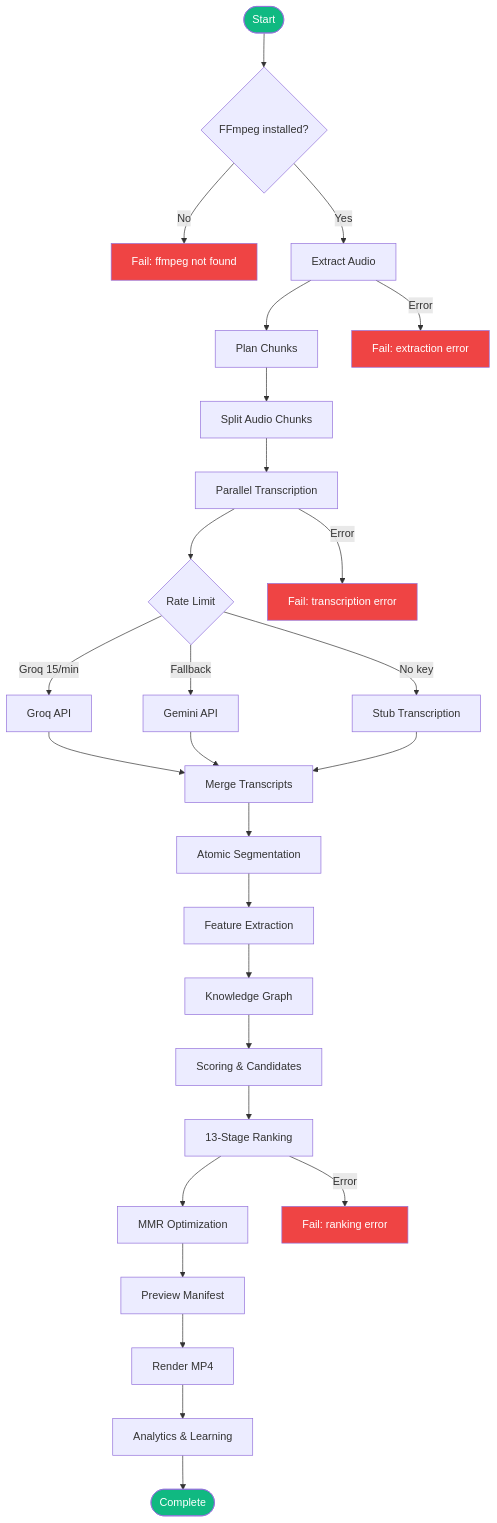
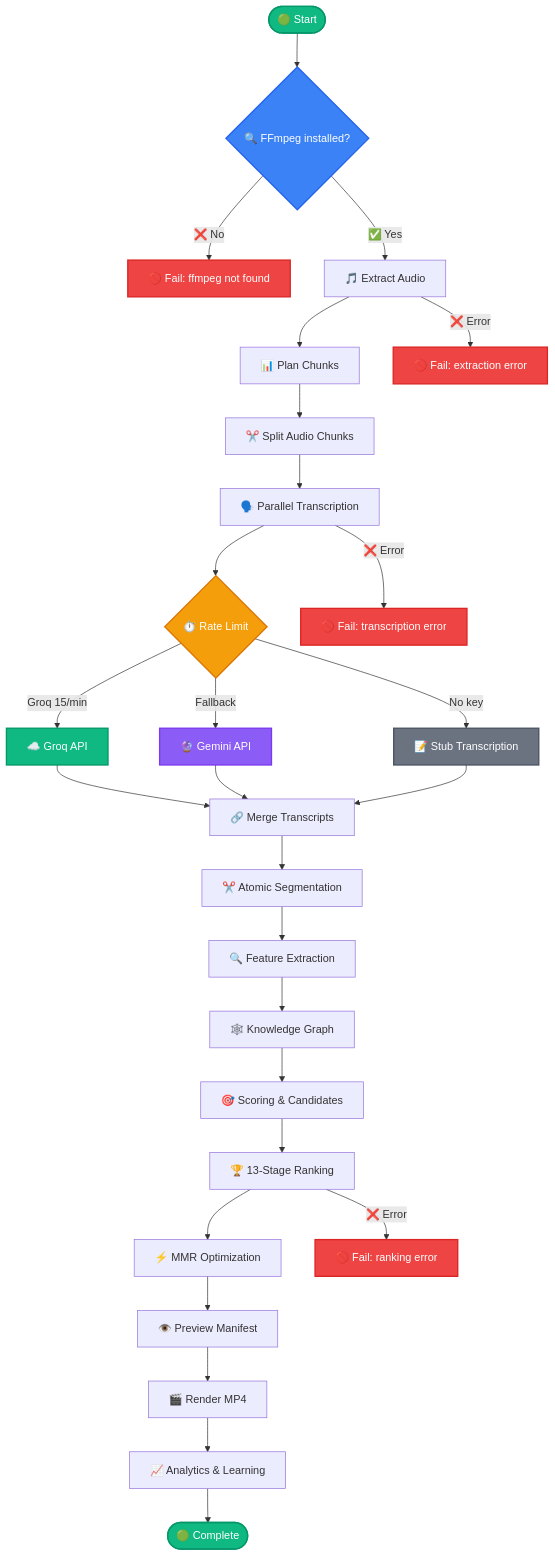
The second of 7 diagrams in README.md (samm329-ui/Trimora_v2), drawn with Mermaid before and after one commit. The commit also changed other lines of this file and 1 other file, not shown here.

Commit message:
docs: fix mermaid diagrams, add LICENSE file, add decorators and colorful styling to README

````diff
--- a/README.md
+++ b/README.md
@@ -170,44 +183,49 @@
 ```mermaid
 flowchart TB
-    START([Start]) --> CHK{FFmpeg installed?}
-    CHK -->|No| FAIL1[Fail: ffmpeg not found]
-    CHK -->|Yes| EXT[Extract Audio]
+    START(["🟢 Start"]) --> CHK{"🔍 FFmpeg installed?"}
+    CHK -->|"❌ No"| FAIL1["🚫 Fail: ffmpeg not found"]
+    CHK -->|"✅ Yes"| EXT["🎵 Extract Audio"]
 
-    EXT --> PLAN[Plan Chunks]
-    PLAN --> SPLIT[Split Audio Chunks]
+    EXT --> PLAN["📊 Plan Chunks"]
+    PLAN --> SPLIT["✂️ Split Audio Chunks"]
 
-    SPLIT --> TRANS[Parallel Transcription]
-    TRANS --> RATE{Rate Limit}
-    RATE -->|Groq 15/min| GROQ_CALL[Groq API]
-    RATE -->|Fallback| GEMINI_CALL[Gemini API]
-    RATE -->|No key| STUB_CALL[Stub Transcription]
+    SPLIT --> TRANS["🗣️ Parallel Transcription"]
+    TRANS --> RATE{"⏱️ Rate Limit"}
+    RATE -->|"Groq 15/min"| GROQ_CALL["☁️ Groq API"]
+    RATE -->|"Fallback"| GEMINI_CALL["🔮 Gemini API"]
+    RATE -->|"No key"| STUB_CALL["📝 Stub Transcription"]
 
-    GROQ_CALL --> MERGE[Merge Transcripts]
+    GROQ_CALL --> MERGE["🔗 Merge Transcripts"]
     GEMINI_CALL --> MERGE
     STUB_CALL --> MERGE
 
-    MERGE --> SEG[Atomic Segmentation]
-    SEG --> FEAT[Feature Extraction]
+    MERGE --> SEG["✂️ Atomic Segmentation"]
+    SEG --> FEAT["🔍 Feature Extraction"]
 
-    FEAT --> GRAPH[Knowledge Graph]
-    GRAPH --> SCORE[Scoring & Candidates]
+    FEAT --> GRAPH["🕸️ Knowledge Graph"]
+    GRAPH --> SCORE["🎯 Scoring & Candidates"]
 
-    SCORE --> RANK[13-Stage Ranking]
-    RANK --> OPT[MMR Optimization]
+    SCORE --> RANK["🏆 13-Stage Ranking"]
+    RANK --> OPT["⚡ MMR Optimization"]
 
-    OPT --> PREV[Preview Manifest]
-    PREV --> EXPORT[Render MP4]
-    EXPORT --> LEARN[Analytics & Learning]
-    LEARN --> DONE([Complete])
+    OPT --> PREV["👁️ Preview Manifest"]
+    PREV --> EXPORT["🎬 Render MP4"]
+    EXPORT --> LEARN["📈 Analytics & Learning"]
+    LEARN --> DONE(["🟢 Complete"])
 
-    EXT -->|Error| FAIL2[Fail: extraction error]
-    TRANS -->|Error| FAIL3[Fail: transcription error]
-    RANK -->|Error| FAIL4[Fail: ranking error]
+    EXT -->|"❌ Error"| FAIL2["🚫 Fail: extraction error"]
+    TRANS -->|"❌ Error"| FAIL3["🚫 Fail: transcription error"]
+    RANK -->|"❌ Error"| FAIL4["🚫 Fail: ranking error"]
 
-    style START fill:#10b981,color:#fff
-    style DONE fill:#10b981,color:#fff
-    style FAIL1 fill:#ef4444,color:#fff
-    style FAIL2 fill:#ef4444,color:#fff
-    style FAIL3 fill:#ef4444,color:#fff
-    style FAIL4 fill:#ef4444,color:#fff
+    style START fill:#10b981,color:#fff,stroke:#059669,stroke-width:2px
+    style DONE fill:#10b981,color:#fff,stroke:#059669,stroke-width:2px
+    style FAIL1 fill:#ef4444,color:#fff,stroke:#dc2626,stroke-width:2px
+    style FAIL2 fill:#ef4444,color:#fff,stroke:#dc2626,stroke-width:2px
+    style FAIL3 fill:#ef4444,color:#fff,stroke:#dc2626,stroke-width:2px
+    style FAIL4 fill:#ef4444,color:#fff,stroke:#dc2626,stroke-width:2px
+    style CHK fill:#3b82f6,color:#fff,stroke:#2563eb,stroke-width:2px
+    style RATE fill:#f59e0b,color:#fff,stroke:#d97706,stroke-width:2px
+    style GROQ_CALL fill:#10b981,color:#fff,stroke:#059669,stroke-width:2px
+    style GEMINI_CALL fill:#8b5cf6,color:#fff,stroke:#7c3aed,stroke-width:2px
+    style STUB_CALL fill:#6b7280,color:#fff,stroke:#4b5563,stroke-width:2px
 ```
````
